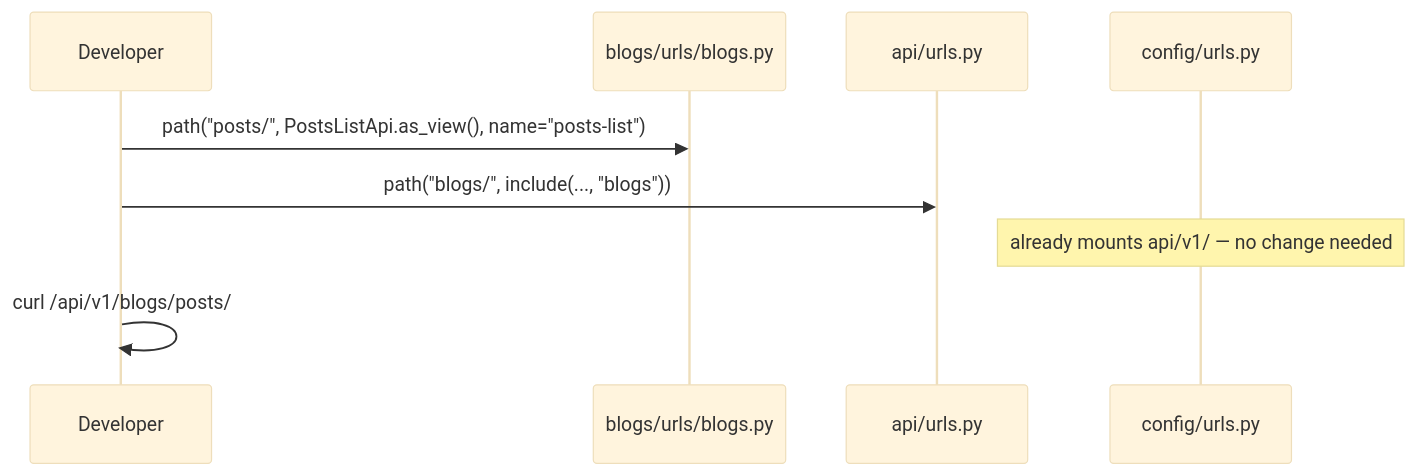
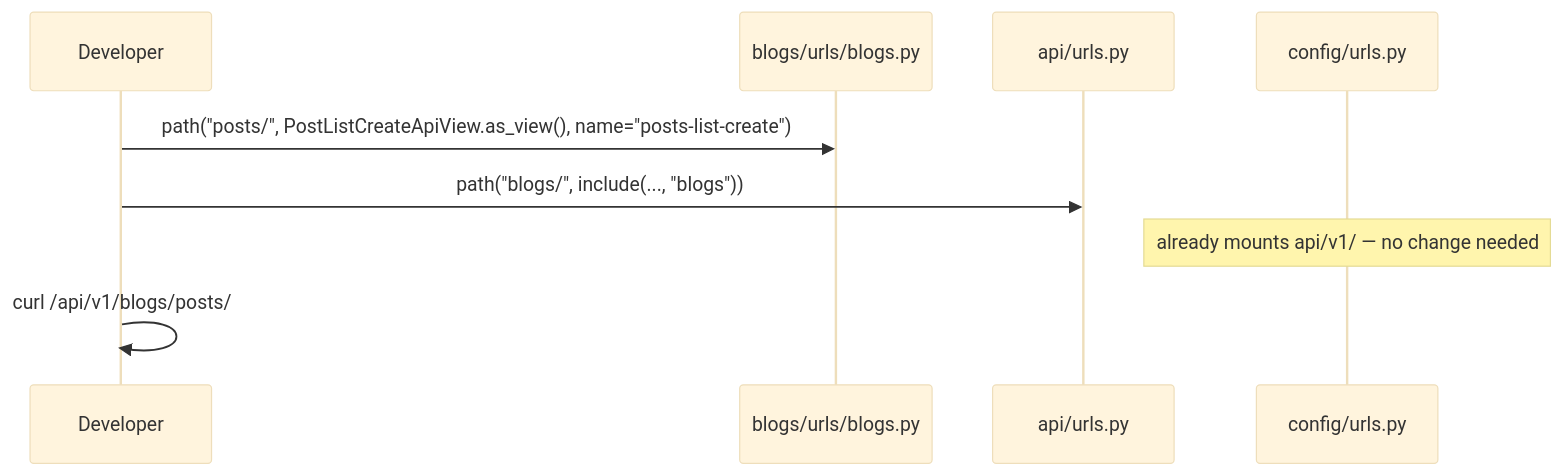
Before and after one commit to alidanial7/django-style-guide: the second of 2 diagrams in {{cookiecutter.project_name}}/docs/style-guide/layers/urls.md, drawn with Mermaid (base theme). The commit also changed other lines of this file and 6 other files, not shown here.

````diff
--- a/{{cookiecutter.project_name}}/docs/style-guide/layers/urls.md
+++ b/{{cookiecutter.project_name}}/docs/style-guide/layers/urls.md
@@ -296,12 +297,12 @@
 ```mermaid
 sequenceDiagram
     participant Dev as Developer
     participant App as blogs/urls/blogs.py
     participant API as api/urls.py
     participant Root as config/urls.py
 
-    Dev->>App: path("posts/", PostsListApi.as_view(), name="posts-list")
+    Dev->>App: path("posts/", PostListCreateApiView.as_view(), name="posts-list-create")
     Dev->>API: path("blogs/", include(..., "blogs"))
     Note over Root: already mounts api/v1/ — no change needed
     Dev->>Dev: curl /api/v1/blogs/posts/
 ```
````
